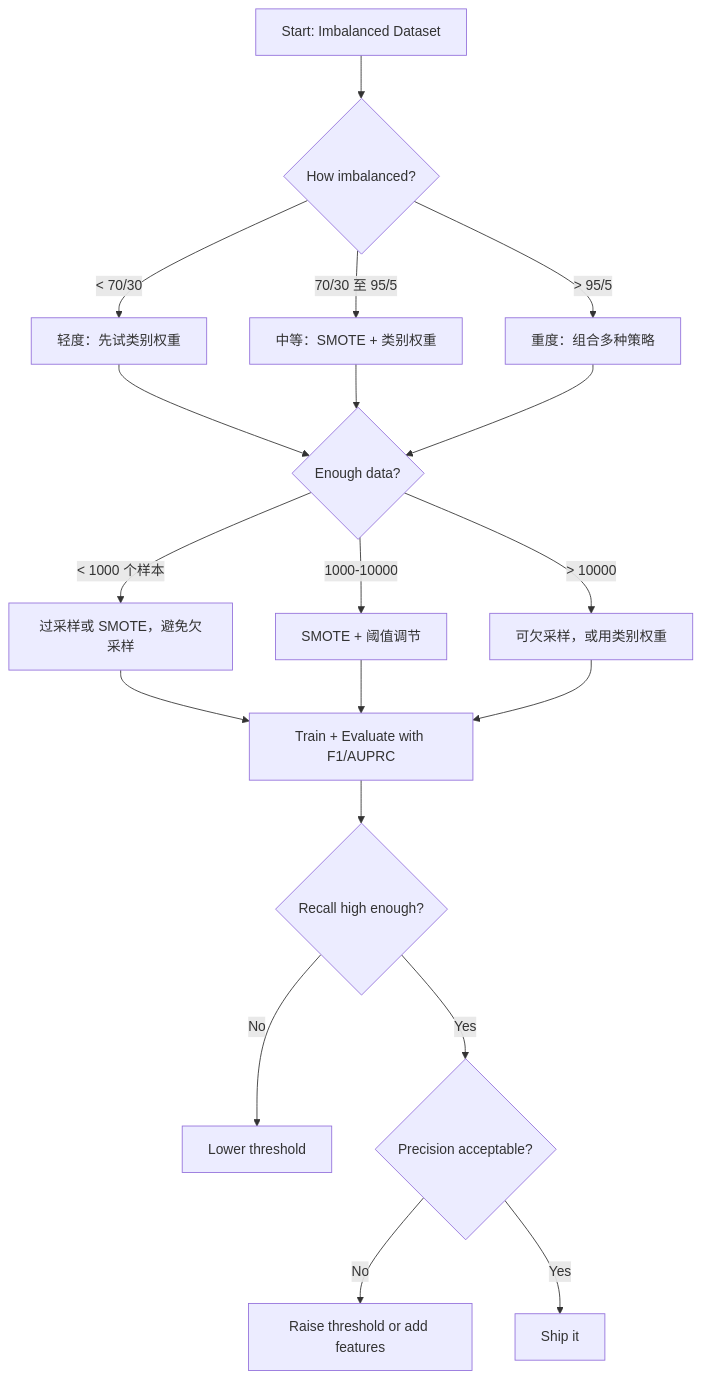
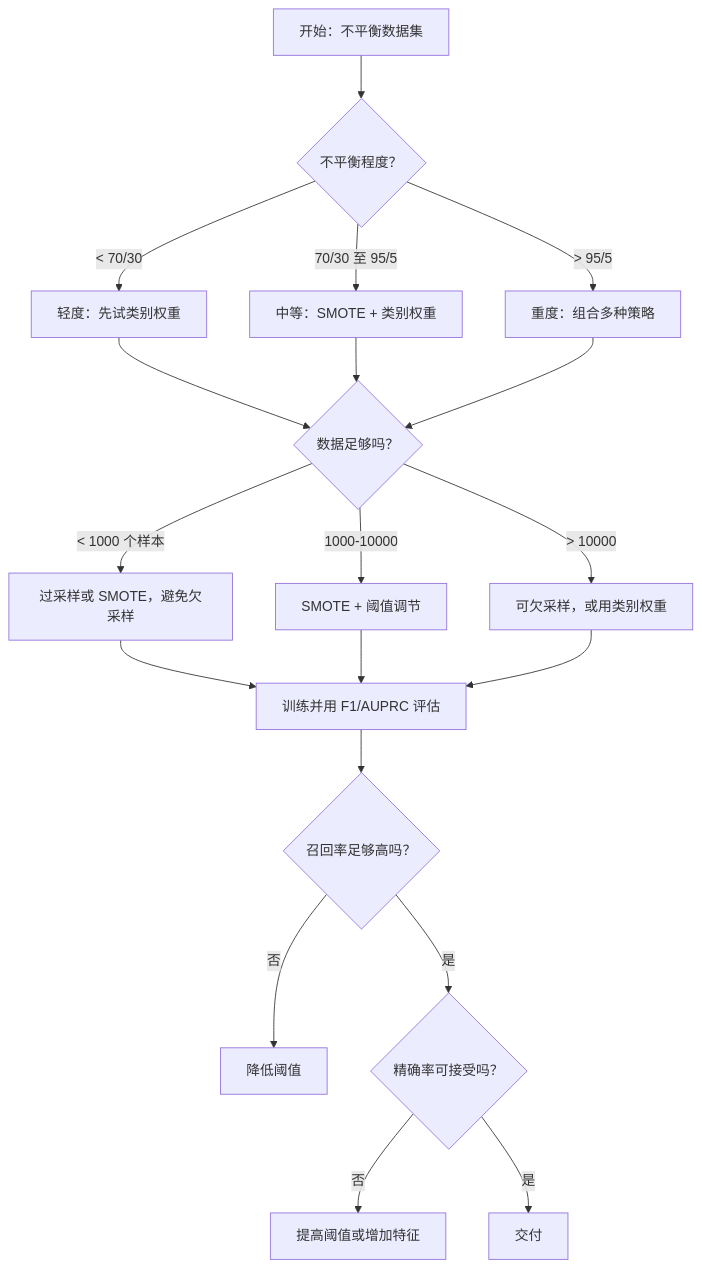
One commit to huangyue12120/Learning-Atlas changed the fourth of 4 diagrams in content/translations/practice/02-ml-fundamentals/17-imbalanced-data/zh.md. Above: the diagram before and after it, drawn with Mermaid. The commit also changed other lines of this file and 24 other files, not shown here.

Commit message:
fix(reader): localize Mermaid in source content

````diff
--- a/content/translations/practice/02-ml-fundamentals/17-imbalanced-data/zh.md
+++ b/content/translations/practice/02-ml-fundamentals/17-imbalanced-data/zh.md
@@ -192,21 +192,21 @@
 ```mermaid
 flowchart TD
-    A[Start: Imbalanced Dataset] --> B{How imbalanced?}
+    A[开始：不平衡数据集] --> B{不平衡程度？}
     B -->|"< 70/30"| C["轻度：先试类别权重"]
     B -->|"70/30 至 95/5"| D["中等：SMOTE + 类别权重"]
     B -->|"> 95/5"| E["重度：组合多种策略"]
-    C --> F{Enough data?}
+    C --> F{数据足够吗？}
     D --> F
     E --> F
     F -->|"< 1000 个样本"| G["过采样或 SMOTE，避免欠采样"]
     F -->|"1000-10000"| H["SMOTE + 阈值调节"]
     F -->|"> 10000"| I["可欠采样，或用类别权重"]
-    G --> J[Train + Evaluate with F1/AUPRC]
+    G --> J[训练并用 F1/AUPRC 评估]
     H --> J
     I --> J
-    J --> K{Recall high enough?}
-    K -->|No| L[Lower threshold]
-    K -->|Yes| M{Precision acceptable?}
-    M -->|No| N[Raise threshold or add features]
-    M -->|Yes| O[Ship it]
+    J --> K{召回率足够高吗？}
+    K -->|否| L[降低阈值]
+    K -->|是| M{精确率可接受吗？}
+    M -->|否| N[提高阈值或增加特征]
+    M -->|是| O[交付]
 ```
````
